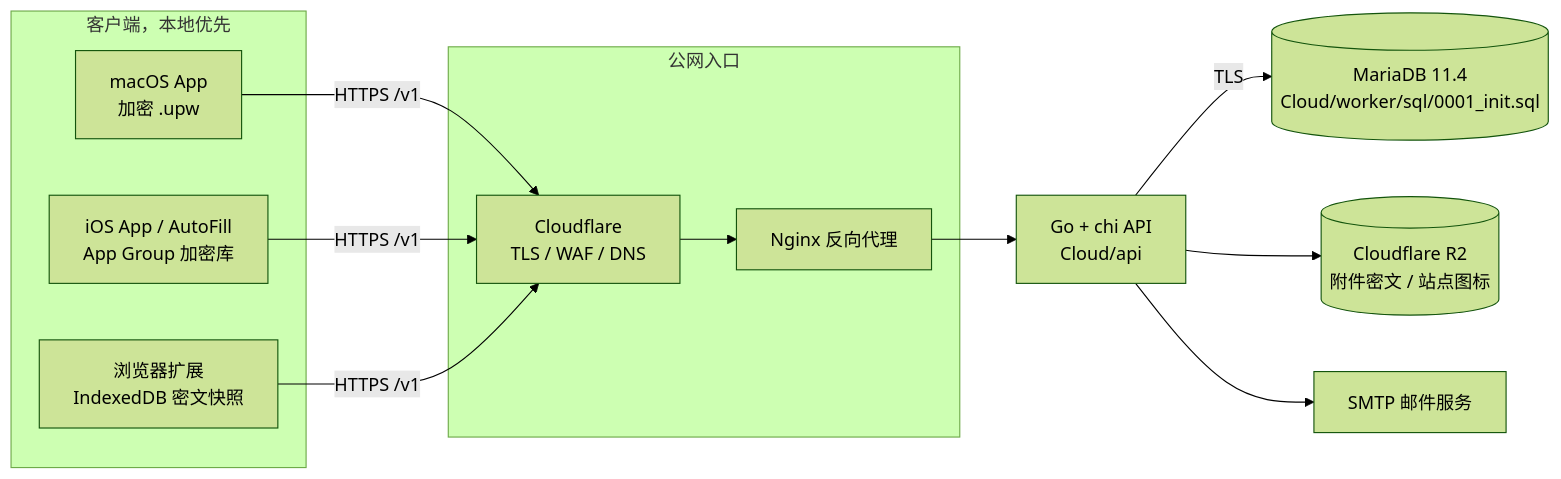
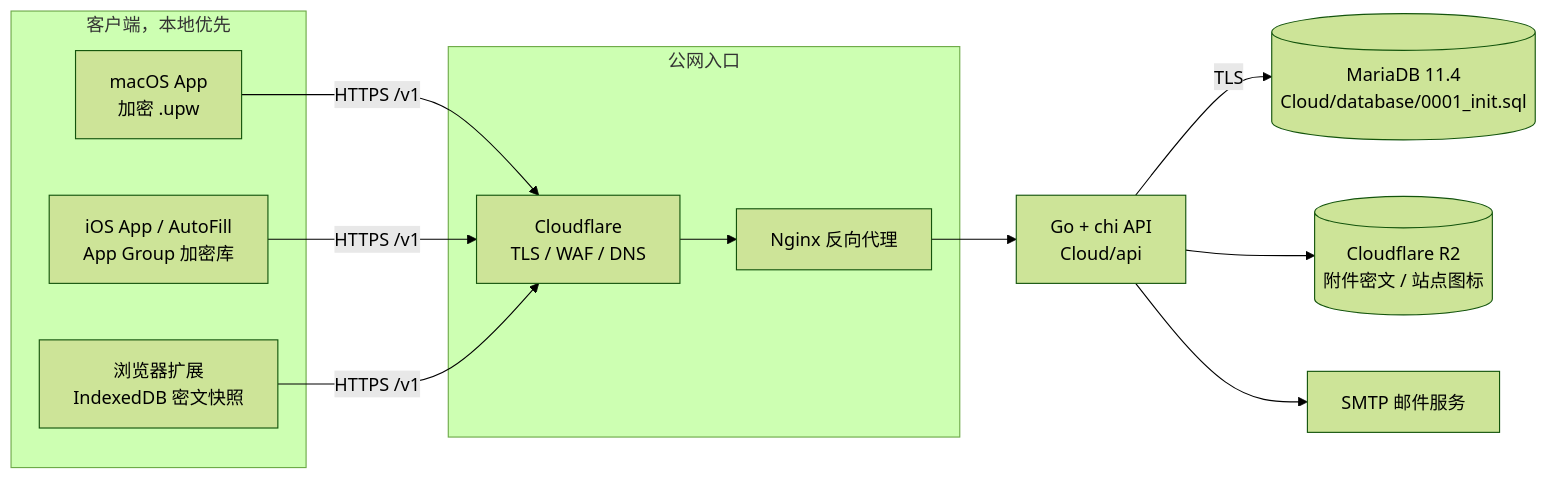
One commit to Lizhen0628/UPasswords changed the diagram in Cloud/DESIGN.md. Above: the diagram before and after it, drawn with Mermaid (forest theme). The commit also changed other lines of this file and 157 other files, not shown here.

```diff
--- a/Cloud/DESIGN.md
+++ b/Cloud/DESIGN.md
@@ -19,23 +19,23 @@
 ~~~mermaid
 flowchart LR
     subgraph clients ["客户端，本地优先"]
         MAC["macOS App<br/>加密 .upw"]
         IOS["iOS App / AutoFill<br/>App Group 加密库"]
         EXT["浏览器扩展<br/>IndexedDB 密文快照"]
     end
     subgraph ingress ["公网入口"]
         CF["Cloudflare<br/>TLS / WAF / DNS"]
         NGINX["Nginx 反向代理"]
     end
     API["Go + chi API<br/>Cloud/api"]
-    DB[("MariaDB 11.4<br/>Cloud/worker/sql/0001_init.sql")]
+    DB[("MariaDB 11.4<br/>Cloud/database/0001_init.sql")]
     R2[("Cloudflare R2<br/>附件密文 / 站点图标")]
     SMTP["SMTP 邮件服务"]
     CF --> NGINX --> API
     MAC -->|HTTPS /v1| CF
     IOS -->|HTTPS /v1| CF
     EXT -->|HTTPS /v1| CF
     API -->|TLS| DB
     API --> R2
     API --> SMTP
 ~~~
```
